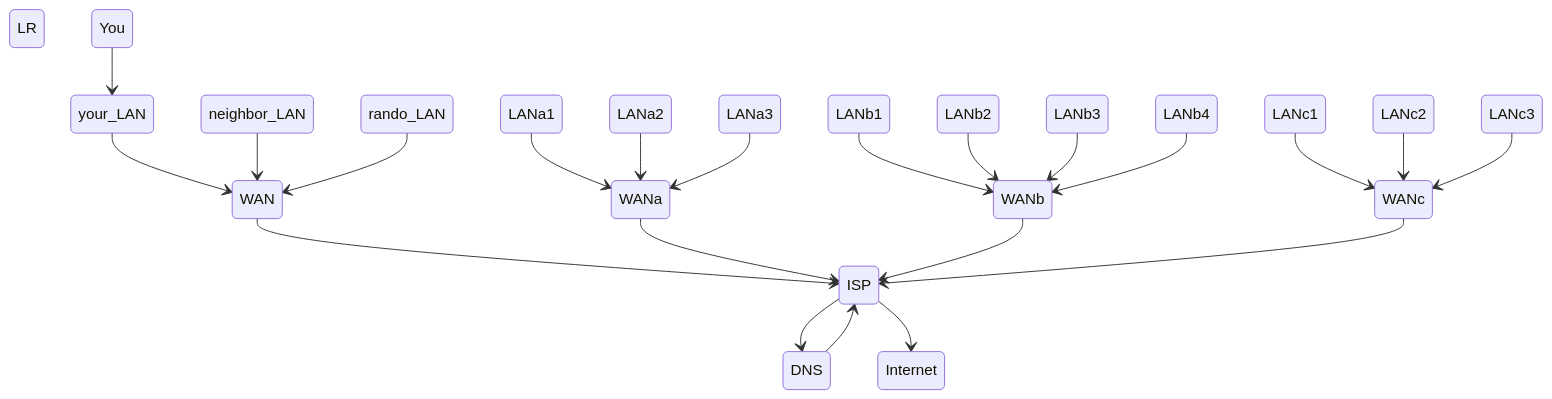
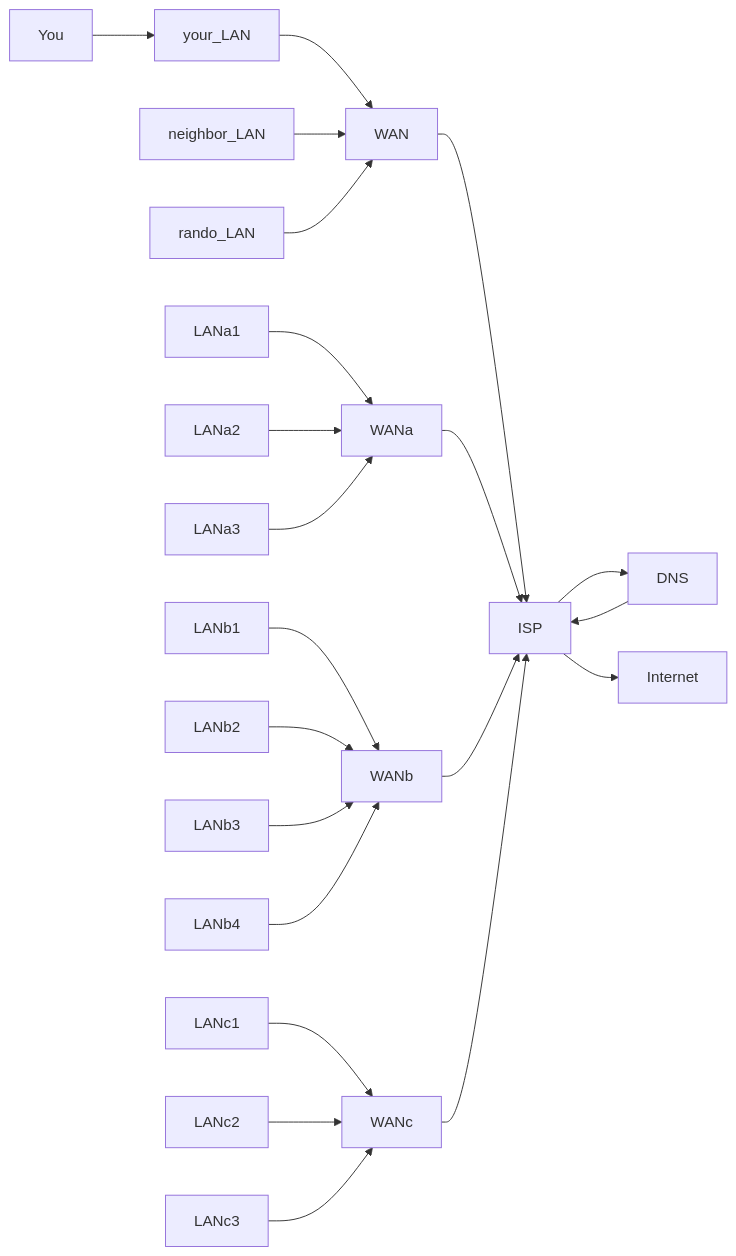
Before and after one commit to omahane/intro-to-web-development: the diagram in README.md, drawn with Mermaid.

````diff
--- a/README.md
+++ b/README.md
@@ -3,24 +3,24 @@
 ```mermaid
-stateDiagram-v2 LR
+graph LR
     You --> your_LAN
     your_LAN --> WAN
     neighbor_LAN --> WAN
     rando_LAN --> WAN
     WAN --> ISP
     LANa1 --> WANa
     LANa2 --> WANa
     LANa3 --> WANa
     WANa --> ISP
     LANb1 --> WANb
     LANb2 --> WANb
     LANb3 --> WANb
     LANb4 --> WANb
     WANb --> ISP
     LANc1 --> WANc
     LANc2 --> WANc
     LANc3 --> WANc
     WANc --> ISP
     ISP --> DNS
     DNS --> ISP
     ISP --> Internet
 ```
````
